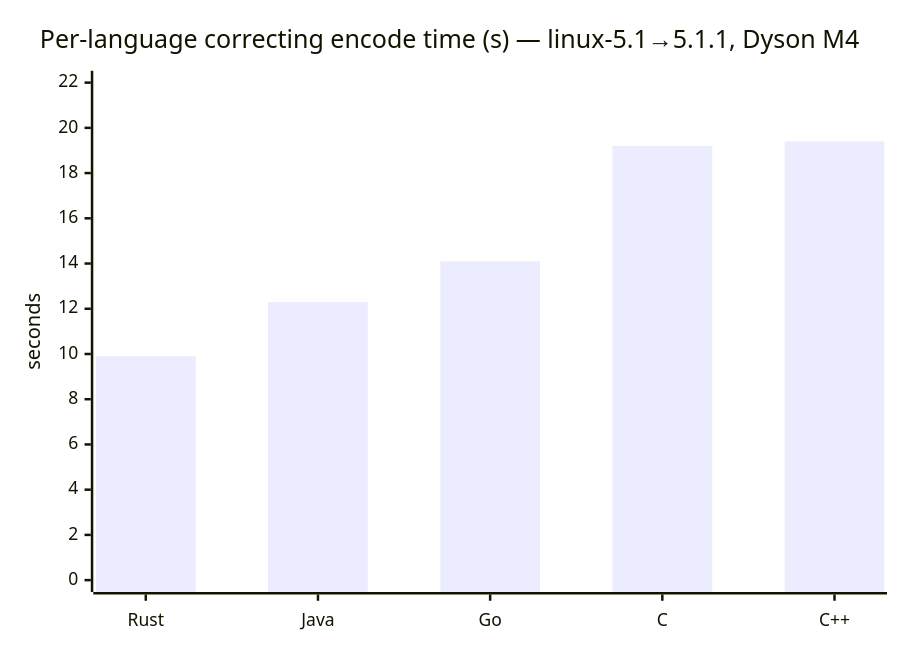
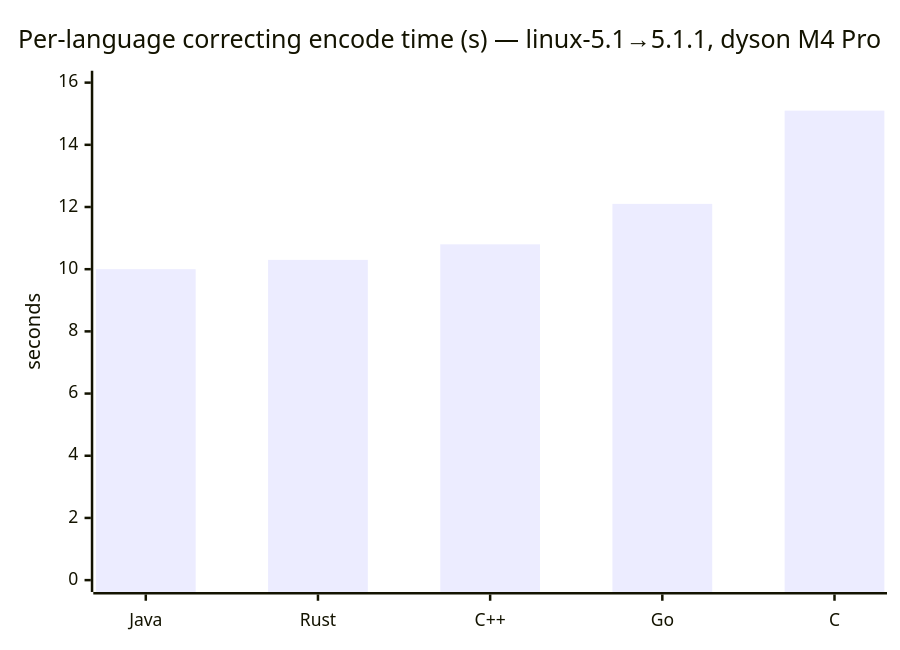
The second of 10 diagrams in ANALYSIS.md (darrelllong/Delta-Compression), drawn with Mermaid before and after one commit. The commit also changed other lines of this file and 7 other files, not shown here.

````diff
--- a/ANALYSIS.md
+++ b/ANALYSIS.md
@@ -409,7 +418,7 @@
 ```mermaid
 xychart-beta
-    title "Per-language correcting encode time (s) — linux-5.1→5.1.1, Dyson M4"
-    x-axis ["Rust", "Java", "Go", "C", "C++"]
-    y-axis "seconds" 0 --> 22
-    bar [9.9, 12.3, 14.1, 19.2, 19.4]
+    title "Per-language correcting encode time (s) — linux-5.1→5.1.1, dyson M4 Pro"
+    x-axis ["Java", "Rust", "C++", "Go", "C"]
+    y-axis "seconds" 0 --> 16
+    bar [10.0, 10.3, 10.8, 12.1, 15.1]
 ```
````
